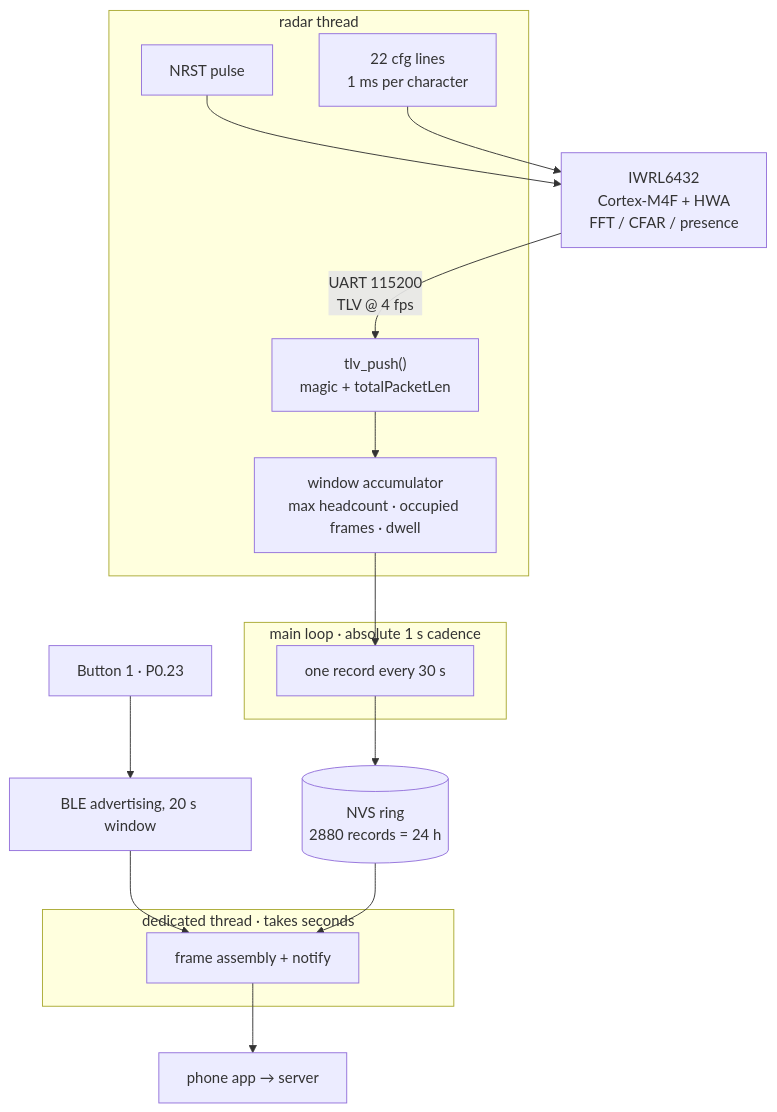
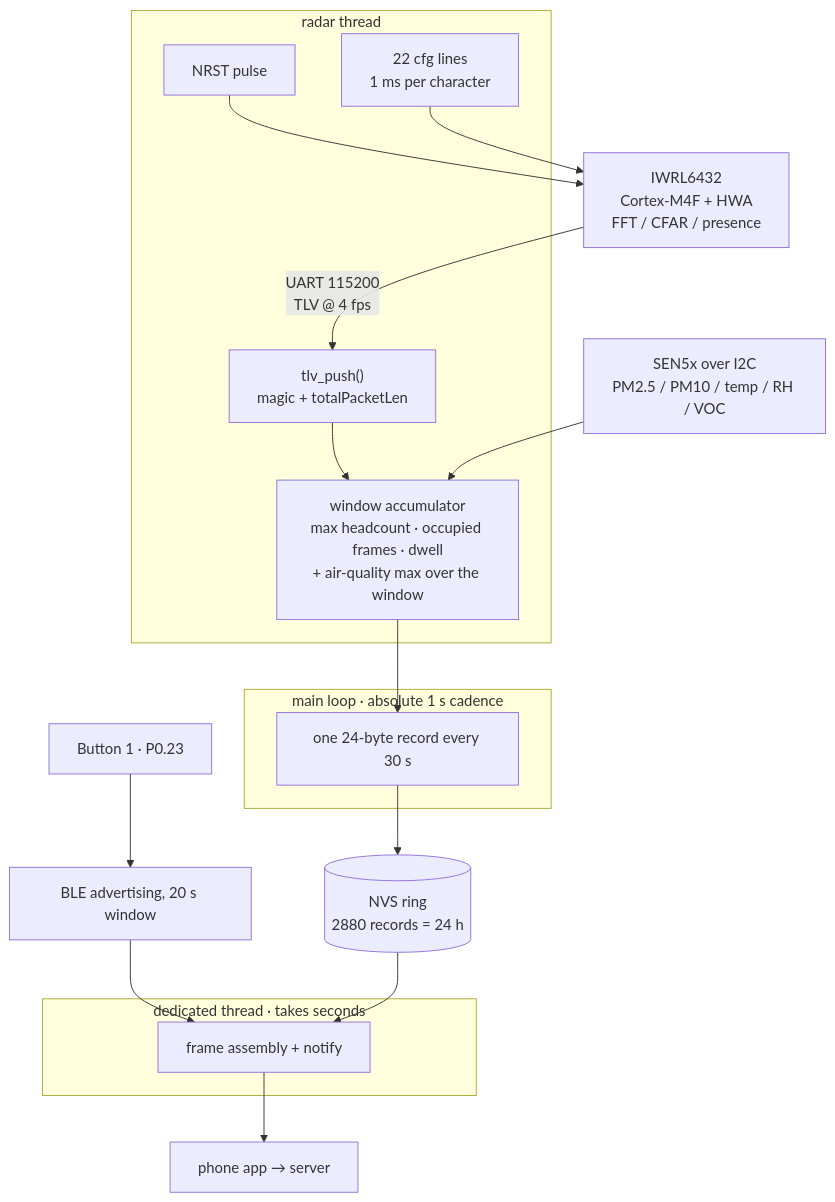
The diagram in README.md (JeonJunYoung-hub/Sentinel-Labs-IWRL6432), drawn with Mermaid before and after one commit. The commit also changed other lines of this file and 13 other files, not shown here.

First line of the commit message:
Update the firmware to v3: SEN5x air quality in the same record

````diff
--- a/README.md
+++ b/README.md
@@ -33,38 +34,40 @@
 ```mermaid
 flowchart TD
     RAD["IWRL6432<br/>Cortex-M4F + HWA<br/>FFT / CFAR / presence"]
     CLI["22 cfg lines<br/>1 ms per character"]
     NRST["NRST pulse"]
     PARSE["tlv_push()<br/>magic + totalPacketLen"]
-    ACC["window accumulator<br/>max headcount · occupied frames · dwell"]
-    REC["one record every 30 s"]
+    SEN["SEN5x over I2C<br/>PM2.5 / PM10 / temp / RH / VOC"]
+    ACC["window accumulator<br/>max headcount · occupied frames · dwell<br/>+ air-quality max over the window"]
+    REC["one 24-byte record every 30 s"]
     NVS[("NVS ring<br/>2880 records = 24 h")]
     BTN["Button 1 · P0.23"]
     ADV["BLE advertising, 20 s window"]
     DUMP["frame assembly + notify"]
     APP["phone app → server"]
 
     NRST --> RAD
     CLI --> RAD
     RAD -->|"UART 115200<br/>TLV @ 4 fps"| PARSE
     PARSE --> ACC
+    SEN --> ACC
     ACC --> REC
     REC --> NVS
     BTN --> ADV
     ADV --> DUMP
     NVS --> DUMP
     DUMP --> APP
 
     subgraph rt["radar thread"]
         CLI
         NRST
         PARSE
         ACC
     end
     subgraph ml["main loop · absolute 1 s cadence"]
         REC
     end
     subgraph th["dedicated thread · takes seconds"]
         DUMP
     end
 ```
````
